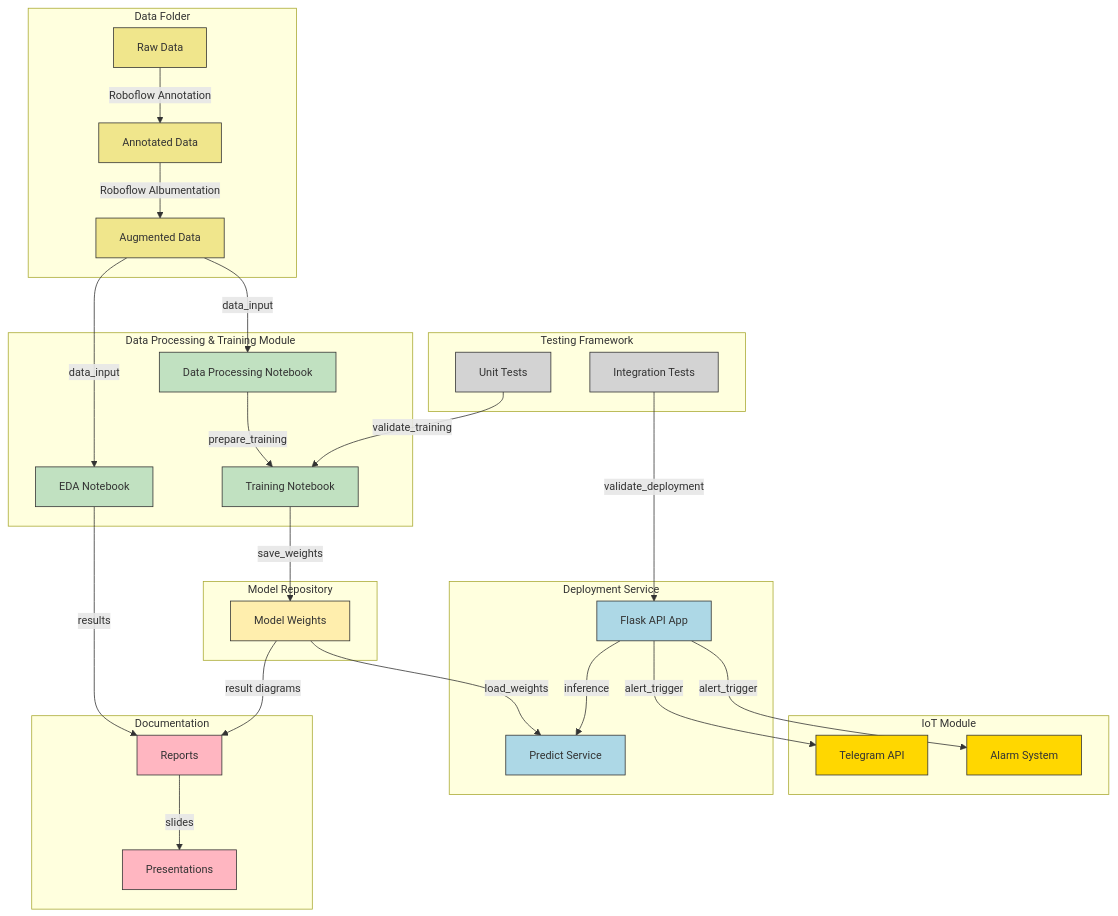
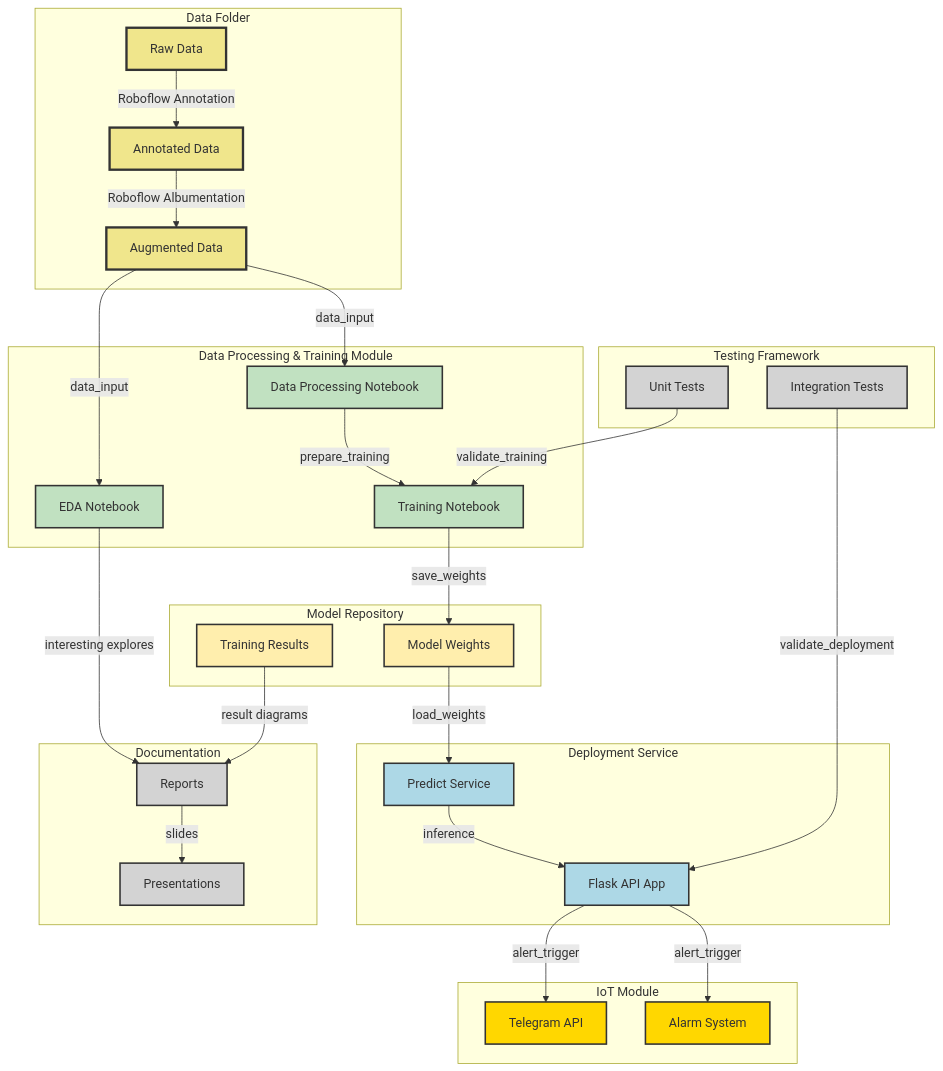
Before and after one commit to GalaxyAnnihilator/FireDetectionSystem: the diagram in diagram.mmd, drawn with Mermaid. The commit also changed 3 other files, not shown here.

Commit message:
finished project_architecture diagram

```diff
--- a/diagram.mmd
+++ b/diagram.mmd
@@ -1,67 +1,84 @@
----
-config:
-  theme: mc
-  themeVariables:
-    fontSize: 14px
----
 flowchart TD
+    %% Data Management
     subgraph "Data Folder"
         DataRaw["Raw Data"]:::data
         DataAnnotated["Annotated Data"]:::data
         DataAugmented["Augmented Data"]:::data
     end
+
+    %% Data Processing & Training Module
     subgraph "Data Processing & Training Module"
         EDA["EDA Notebook"]:::processing
         DataProcessing["Data Processing Notebook"]:::processing
         Training["Training Notebook"]:::processing
     end
+
+    %% Testing Framework
+    subgraph "Testing Framework"
+        UnitTests["Unit Tests"]:::test
+        IntegrationTests["Integration Tests"]:::test
+    end
+
+    %% Model Repository
+    subgraph "Model Repository"
+        Model["Model Weights"]:::database
+        TrainingResult["Training Results"]:::database
+    end
+
+    %% Deployment Service
+    subgraph "Deployment Service"
+        FlaskApp["Flask API App"]:::deployment
+        Predict["Predict Service"]:::deployment
+    end
+
+    %% IoT Module
     subgraph "IoT Module"
         Telegram["Telegram API"]:::iot
         Alarm["Alarm System"]:::iot
     end
-    subgraph "Model Repository"
-        Model["Model Weights"]:::database
+
+
+    %% Documentation
+    subgraph "Documentation"
+        Reports["Reports"]:::test
+        Presentations["Presentations"]:::test
     end
-    subgraph "Deployment Service"
-        FlaskApp["Flask API App"]:::deployment
-        Predict["Predict Service"]:::deployment
-    end
-    subgraph "Testing Framework"
-        UnitTests["Unit Tests"]:::test
-        IntegrationTests["Integration Tests"]:::test
-    end
-    subgraph "Documentation"
-        Reports["Reports"]:::doc
-        Presentations["Presentations"]:::doc
-    end
+
+    %% Connections
     DataRaw -->|"Roboflow Annotation"| DataAnnotated
     DataAnnotated -->|"Roboflow Albumentation"| DataAugmented
+
     DataAugmented -->|"data_input"| DataProcessing
     DataAugmented -->|"data_input"| EDA
-    EDA -->|"results"| Reports
+    EDA -->|"interesting explores"| Reports
     Reports -->|"slides"| Presentations
     DataProcessing -->|"prepare_training"| Training
     Training -->|"save_weights"| Model
+    %% Model -->|"load_weights"| FlaskApp
     Model -->|"load_weights"| Predict
-    Model -->|"result diagrams"| Reports
-    FlaskApp -->|"inference"| Predict
+    TrainingResult -->|"result diagrams"| Reports
+    
+    Predict  -->|"inference"| FlaskApp
+    UnitTests -->|"validate_training"| Training
+    IntegrationTests -->|"validate_deployment"| FlaskApp
     FlaskApp -->|"alert_trigger"| Telegram
     FlaskApp -->|"alert_trigger"| Alarm
-    UnitTests -->|"validate_training"| Training
-    IntegrationTests -->|"validate_deployment"| FlaskApp
+
+    %% Click Events
     click EDA "https://github.com/galaxyannihilator/firedetectionsystem/blob/main/src/EDA.ipynb"
     click DataProcessing "https://github.com/galaxyannihilator/firedetectionsystem/blob/main/src/data_processing.ipynb"
     click Training "https://github.com/galaxyannihilator/firedetectionsystem/blob/main/src/train_model.ipynb"
     click Alarm "https://github.com/galaxyannihilator/firedetectionsystem/blob/main/src/iot/alarm_system.py"
     click Telegram "https://github.com/galaxyannihilator/firedetectionsystem/blob/main/src/iot/telegram_api.py"
     click Model "https://github.com/galaxyannihilator/firedetectionsystem/blob/main/models/best.pt"
     click FlaskApp "https://github.com/galaxyannihilator/firedetectionsystem/blob/main/deployment/app.py"
     click Predict "https://github.com/galaxyannihilator/firedetectionsystem/blob/main/deployment/predict.py"
-    click UnitTests "https://github.com/galaxyannihilator/firedetectionsystem/tree/main/tests/"
-    classDef data fill:#F0E68C,stroke:#333;
-    classDef processing fill:#C1E1C1,stroke:#333;
-    classDef iot fill:#FFD700,stroke:#333;
-    classDef database fill:#FFEEAD,stroke:#333;
-    classDef deployment fill:#ADD8E6,stroke:#333;
-    classDef test fill:#D3D3D3,stroke:#333;
-    classDef doc fill:#FFB6C1,stroke:#333;
+    click Tests "https://github.com/galaxyannihilator/firedetectionsystem/tree/main/tests/"
+
+    %% Styles
+    classDef data fill:#F0E68C,stroke:#333,stroke-width:3px;
+    classDef processing fill:#C1E1C1,stroke:#333,stroke-width:2px;
+    classDef iot fill:#FFD700,stroke:#333,stroke-width:2px;
+    classDef database fill:#FFEEAD,stroke:#333,stroke-width:2px;
+    classDef deployment fill:#ADD8E6,stroke:#333,stroke-width:2px;
+    classDef test fill:#D3D3D3,stroke:#333,stroke-width:2px;
```
